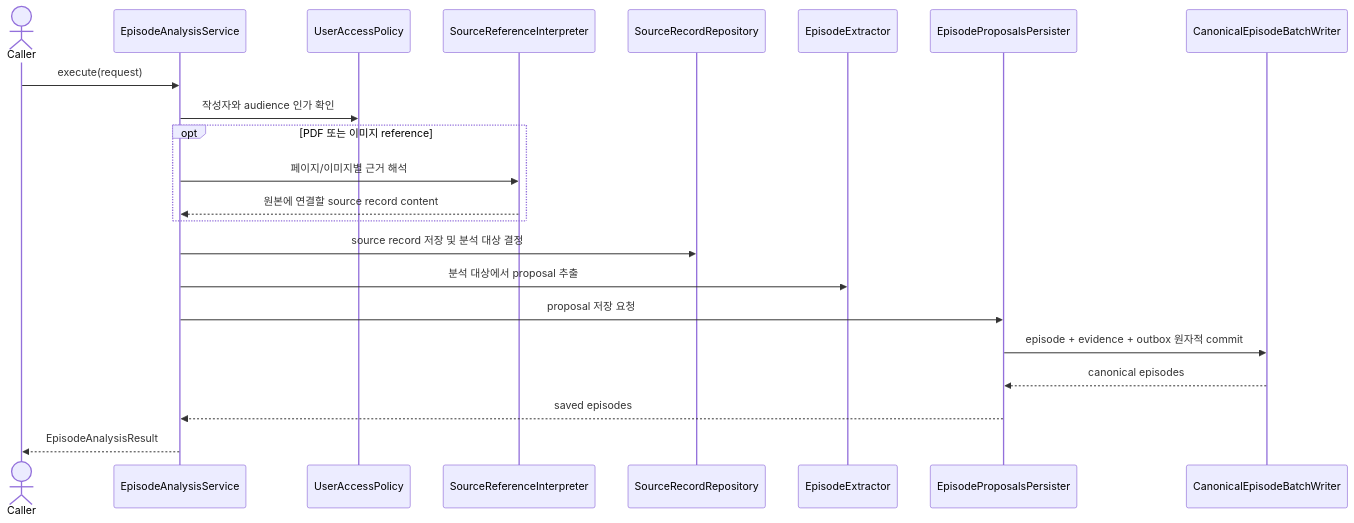
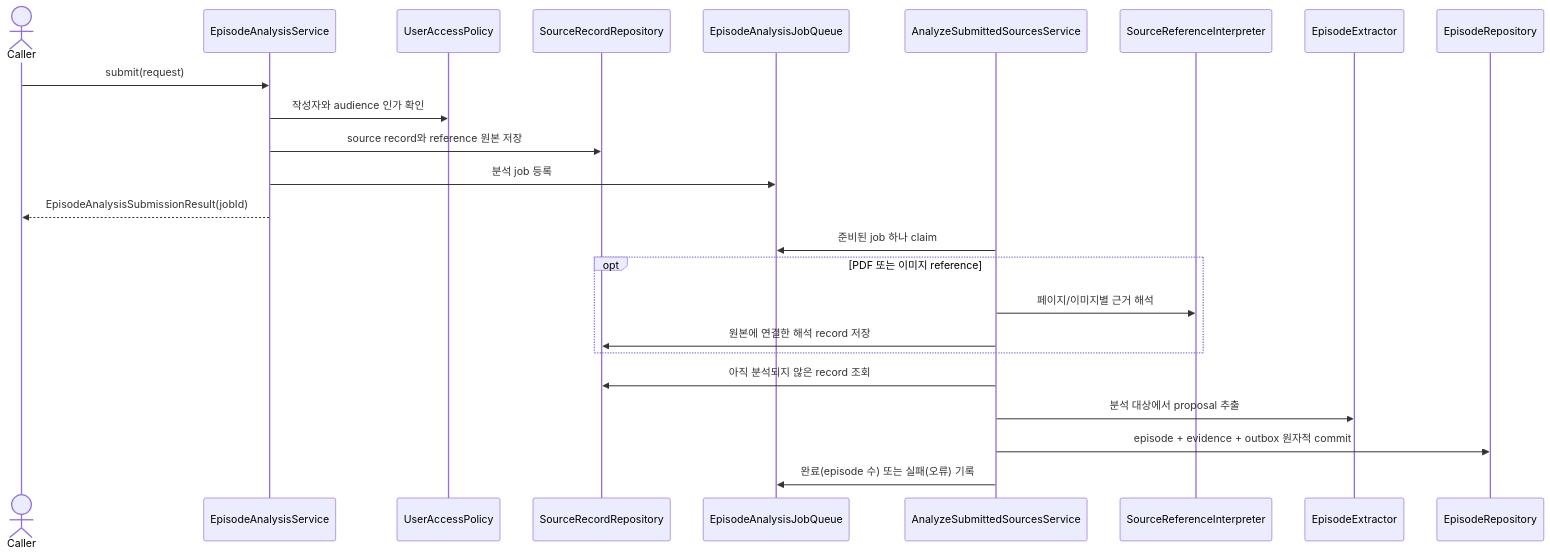
The first of 2 diagrams in application/src/main/kotlin/com/homeassistant/application/usecase/README.md (magenta1223/home_assistant), drawn with Mermaid before and after one commit. The commit also changed other lines of this file and 7 other files, not shown here.

First line of the commit message:
docs: Describe the queued episode analysis flow

````diff
--- a/application/src/main/kotlin/com/homeassistant/application/usecase/README.md
+++ b/application/src/main/kotlin/com/homeassistant/application/usecase/README.md
@@ -22,25 +22,27 @@
 ```mermaid
 sequenceDiagram
     actor Caller
     participant Analysis as EpisodeAnalysisService
     participant Access as UserAccessPolicy
+    participant Sources as SourceRecordRepository
+    participant Jobs as EpisodeAnalysisJobQueue
+    participant Round as AnalyzeSubmittedSourcesService
     participant Reference as SourceReferenceInterpreter
-    participant Sources as SourceRecordRepository
     participant Extractor as EpisodeExtractor
-    participant Writer as EpisodeProposalsPersister
-    participant DB as CanonicalEpisodeBatchWriter
+    participant DB as EpisodeRepository
 
-    Caller->>Analysis: execute(request)
+    Caller->>Analysis: submit(request)
     Analysis->>Access: 작성자와 audience 인가 확인
+    Analysis->>Sources: source record와 reference 원본 저장
+    Analysis->>Jobs: 분석 job 등록
+    Analysis-->>Caller: EpisodeAnalysisSubmissionResult(jobId)
+    Round->>Jobs: 준비된 job 하나 claim
     opt PDF 또는 이미지 reference
-        Analysis->>Reference: 페이지/이미지별 근거 해석
-        Reference-->>Analysis: 원본에 연결할 source record content
+        Round->>Reference: 페이지/이미지별 근거 해석
+        Round->>Sources: 원본에 연결한 해석 record 저장
     end
-    Analysis->>Sources: source record 저장 및 분석 대상 결정
-    Analysis->>Extractor: 분석 대상에서 proposal 추출
-    Analysis->>Writer: proposal 저장 요청
-    Writer->>DB: episode + evidence + outbox 원자적 commit
-    DB-->>Writer: canonical episodes
-    Writer-->>Analysis: saved episodes
-    Analysis-->>Caller: EpisodeAnalysisResult
+    Round->>Sources: 아직 분석되지 않은 record 조회
+    Round->>Extractor: 분석 대상에서 proposal 추출
+    Round->>DB: episode + evidence + outbox 원자적 commit
+    Round->>Jobs: 완료(episode 수) 또는 실패(오류) 기록
 ```
````
